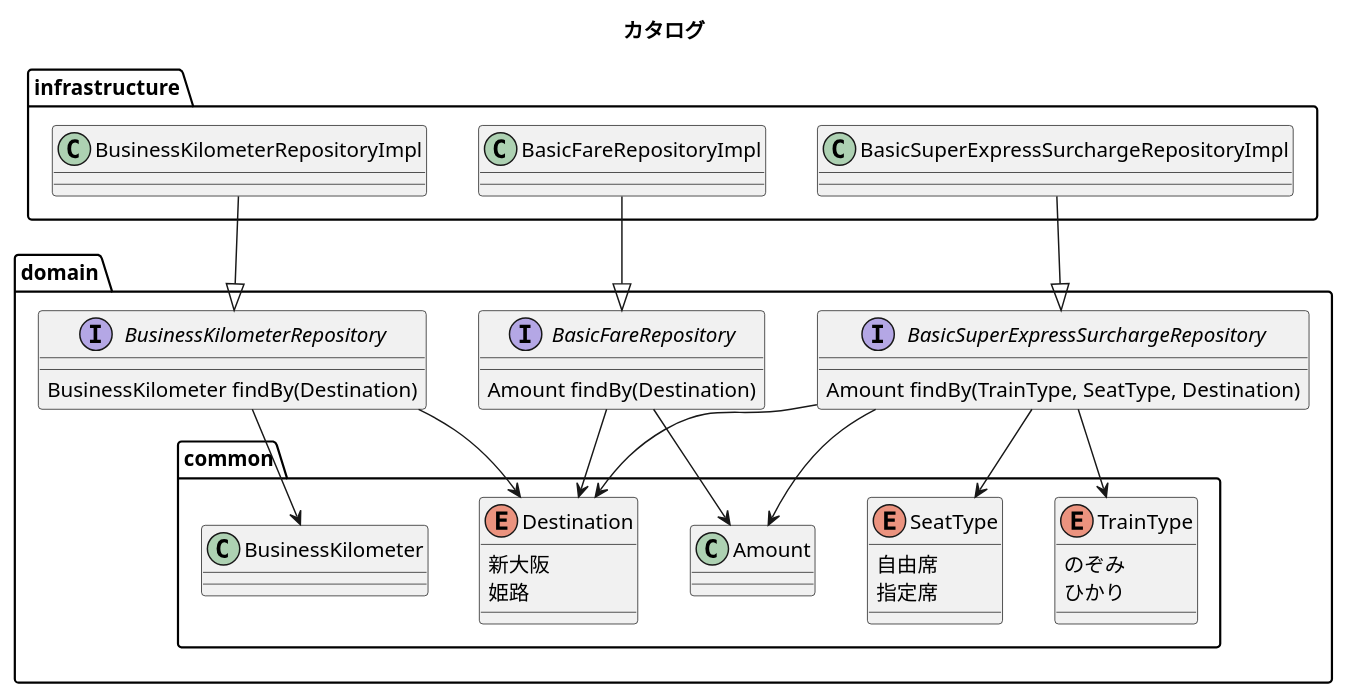
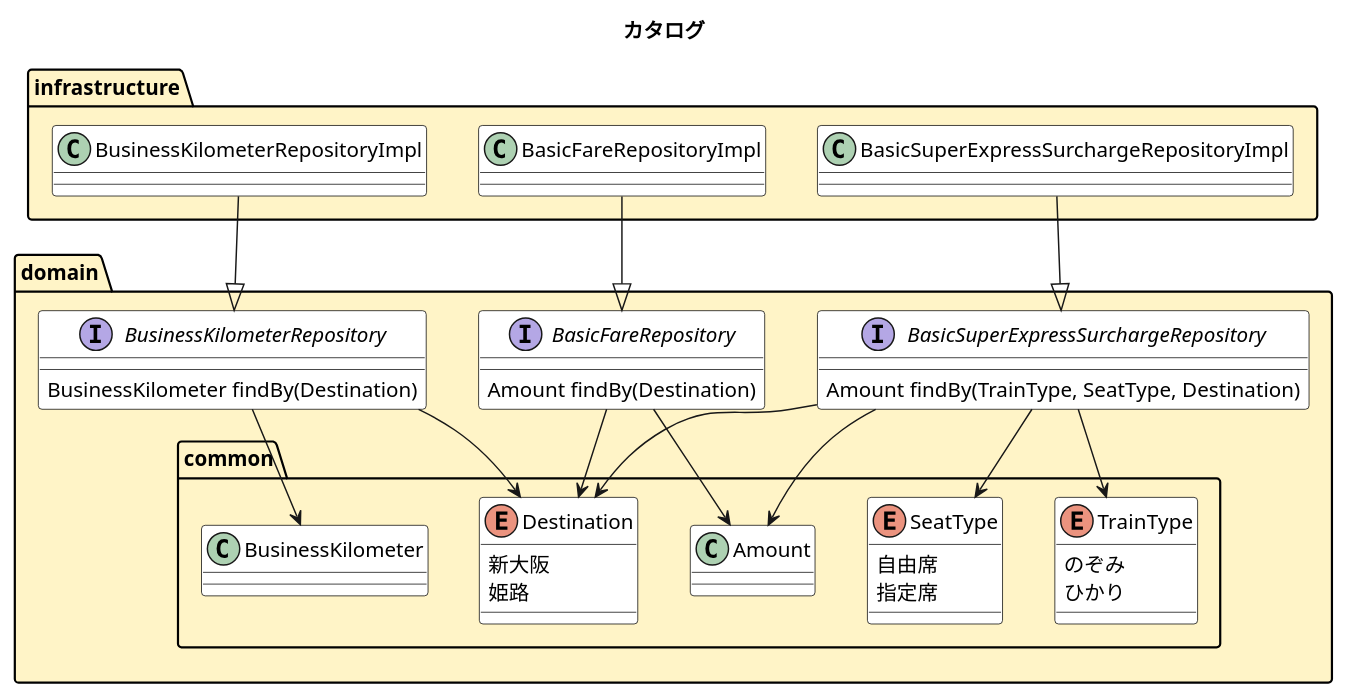
Before and after one commit to n-ono/catalogue: the diagram in docs/model/model.puml, drawn with PlantUML.

Commit message:
updated model

```diff
--- a/docs/model/model.puml
+++ b/docs/model/model.puml
@@ -1,57 +1,66 @@
 @startuml
 
 title カタログ
+
+skinparam package {
+    BackgroundColor fff4c7
+}
+
+skinparam class {
+    BorderColor black
+    BackgroundColor white
+}
 
 namespace domain {
     interface BasicFareRepository {
         Amount findBy(Destination)
     }
     interface BasicSuperExpressSurchargeRepository {
         Amount findBy(TrainType, SeatType, Destination)
     }
     interface BusinessKilometerRepository {
         BusinessKilometer findBy(Destination)
     }
 
     namespace common {
         class Amount {}
         class BusinessKilometer {}
         enum Destination {
             新大阪
             姫路
         }
         enum SeatType {
             自由席
             指定席
         }
         enum TrainType {
             のぞみ
             ひかり
         }
     }
 
     domain.BasicFareRepository -[hidden]r- domain.BasicSuperExpressSurchargeRepository
 
     domain.BasicFareRepository -d-> domain.common.Amount
     domain.BasicFareRepository -d-> domain.common.Destination
 
     domain.BasicSuperExpressSurchargeRepository -d-> domain.common.Amount
     domain.BasicSuperExpressSurchargeRepository -d-> domain.common.TrainType
     domain.BasicSuperExpressSurchargeRepository -d-> domain.common.SeatType
     domain.BasicSuperExpressSurchargeRepository -d-> domain.common.Destination
 
     domain.BusinessKilometerRepository -d-> domain.common.BusinessKilometer
     domain.BusinessKilometerRepository -d-> domain.common.Destination
 }
 
 namespace infrastructure {
     class BasicFareRepositoryImpl {}
     class BasicSuperExpressSurchargeRepositoryImpl {}
     class BusinessKilometerRepositoryImpl {}
 }
 
 infrastructure.BasicFareRepositoryImpl -d-|> domain.BasicFareRepository
 infrastructure.BasicSuperExpressSurchargeRepositoryImpl -d-|> domain.BasicSuperExpressSurchargeRepository
 infrastructure.BusinessKilometerRepositoryImpl -d-|> domain.BusinessKilometerRepository
 
 @enduml
```
